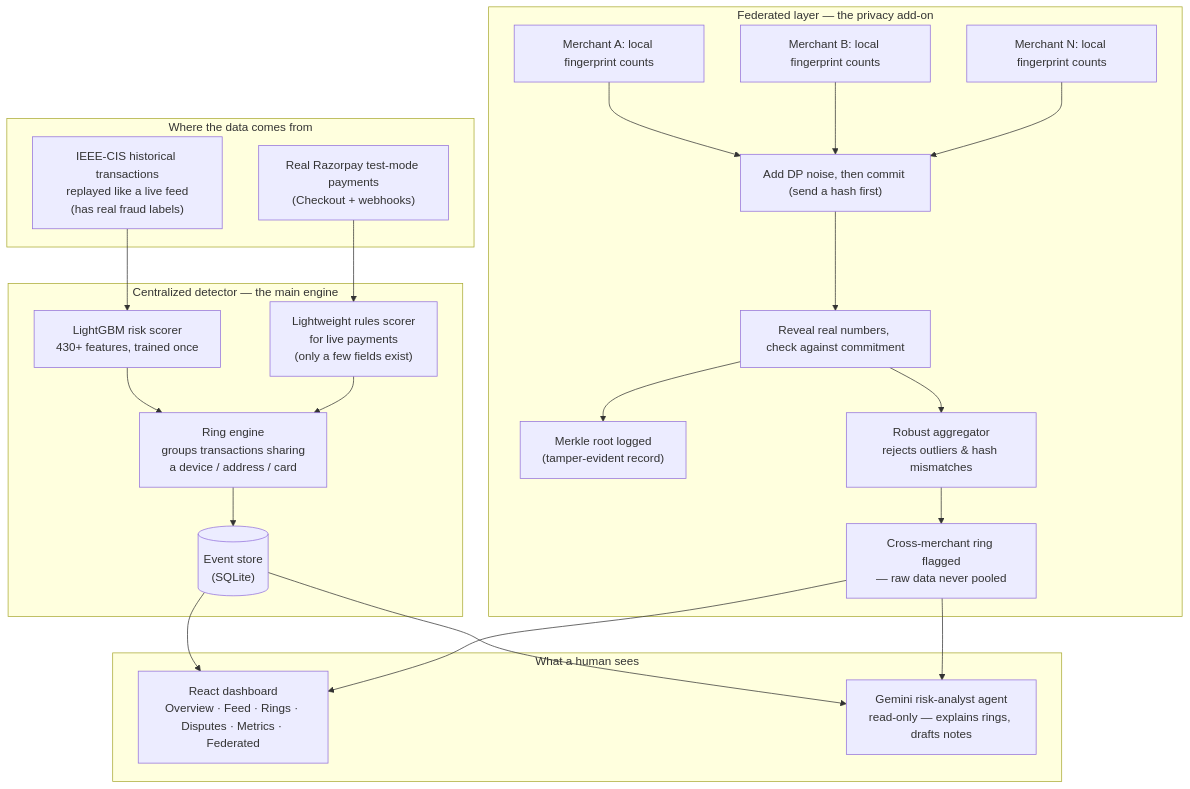
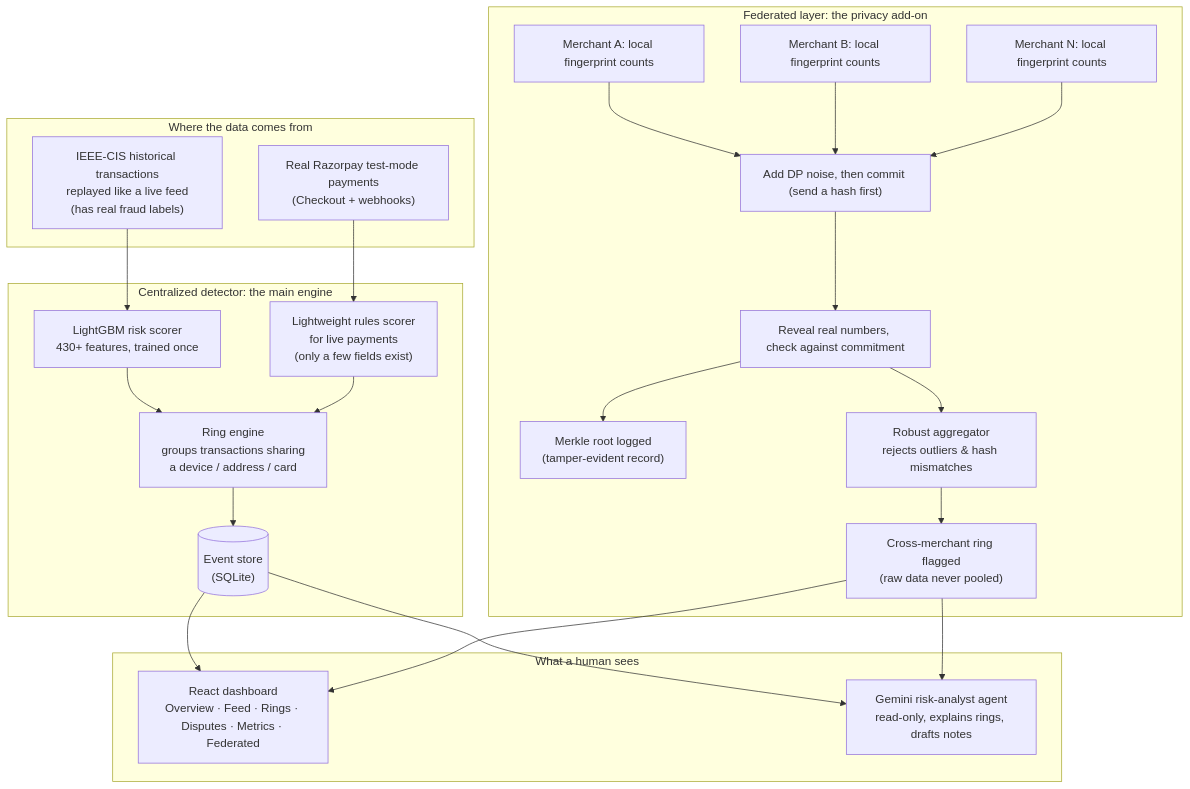
The diagram in README.md (ritigya03/Razorpay_buildathon), drawn with Mermaid before and after one commit. The commit also changed other lines of this file, not shown here.

````diff
--- a/README.md
+++ b/README.md
@@ -126,44 +125,44 @@
 ```mermaid
 flowchart TB
     subgraph DATA["Where the data comes from"]
         A1["IEEE-CIS historical transactions<br/>replayed like a live feed<br/>(has real fraud labels)"]
         A2["Real Razorpay test-mode payments<br/>(Checkout + webhooks)"]
     end
 
-    subgraph CENTRAL["Centralized detector — the main engine"]
+    subgraph CENTRAL["Centralized detector: the main engine"]
         B1["LightGBM risk scorer<br/>430+ features, trained once"]
         B2["Lightweight rules scorer<br/>for live payments<br/>(only a few fields exist)"]
         B3["Ring engine<br/>groups transactions sharing<br/>a device / address / card"]
         B4[("Event store<br/>(SQLite)")]
     end
 
-    subgraph FED["Federated layer — the privacy add-on"]
+    subgraph FED["Federated layer: the privacy add-on"]
         C1["Merchant A: local fingerprint counts"]
         C2["Merchant B: local fingerprint counts"]
         C3["Merchant N: local fingerprint counts"]
         C4["Add DP noise, then commit (send a hash first)"]
         C5["Reveal real numbers, check against commitment"]
         C6["Merkle root logged<br/>(tamper-evident record)"]
         C7["Robust aggregator<br/>rejects outliers & hash mismatches"]
-        C8["Cross-merchant ring flagged<br/>— raw data never pooled"]
+        C8["Cross-merchant ring flagged<br/>(raw data never pooled)"]
     end
 
     subgraph OUT["What a human sees"]
         D1["React dashboard<br/>Overview · Feed · Rings · Disputes · Metrics · Federated"]
-        D2["Gemini risk-analyst agent<br/>read-only — explains rings, drafts notes"]
+        D2["Gemini risk-analyst agent<br/>read-only, explains rings, drafts notes"]
     end
 
     A1 --> B1 --> B3
     A2 --> B2 --> B3
     B3 --> B4
     B4 --> D1
     B4 --> D2
 
     C1 --> C4
     C2 --> C4
     C3 --> C4
     C4 --> C5 --> C6
     C5 --> C7 --> C8
     C8 --> D1
     C8 --> D2
 ```
````
